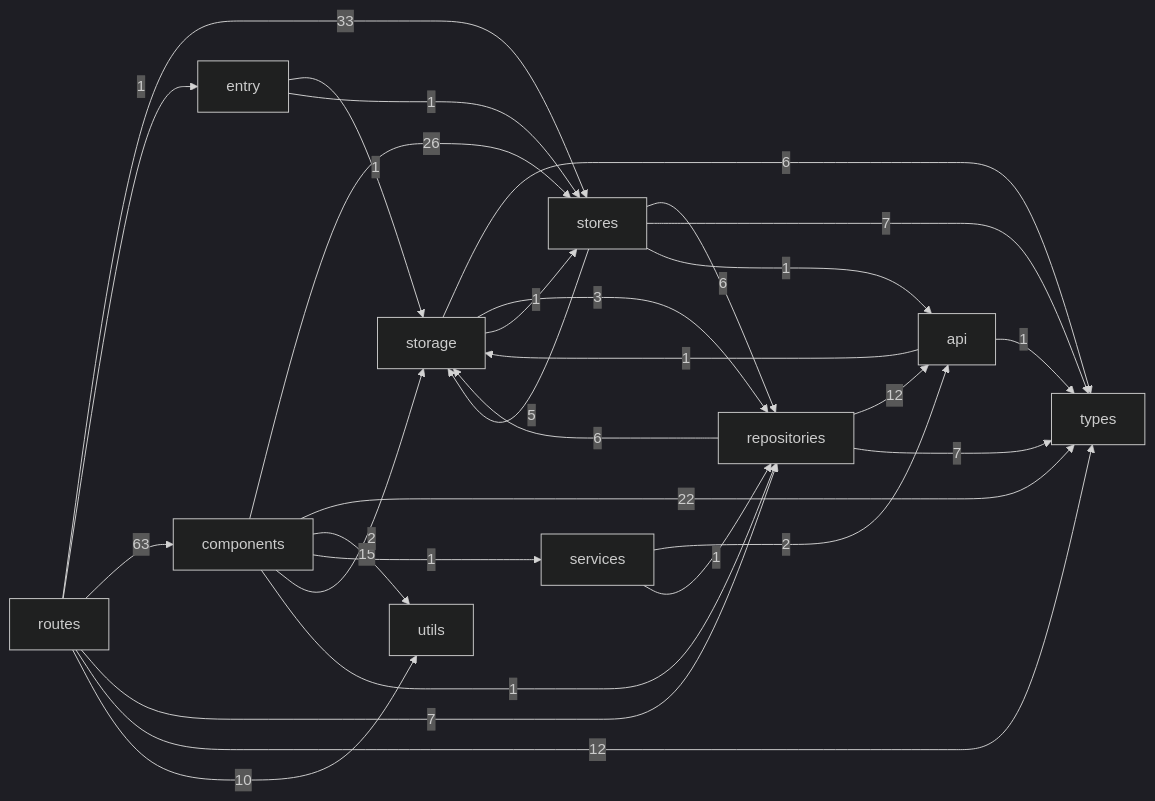
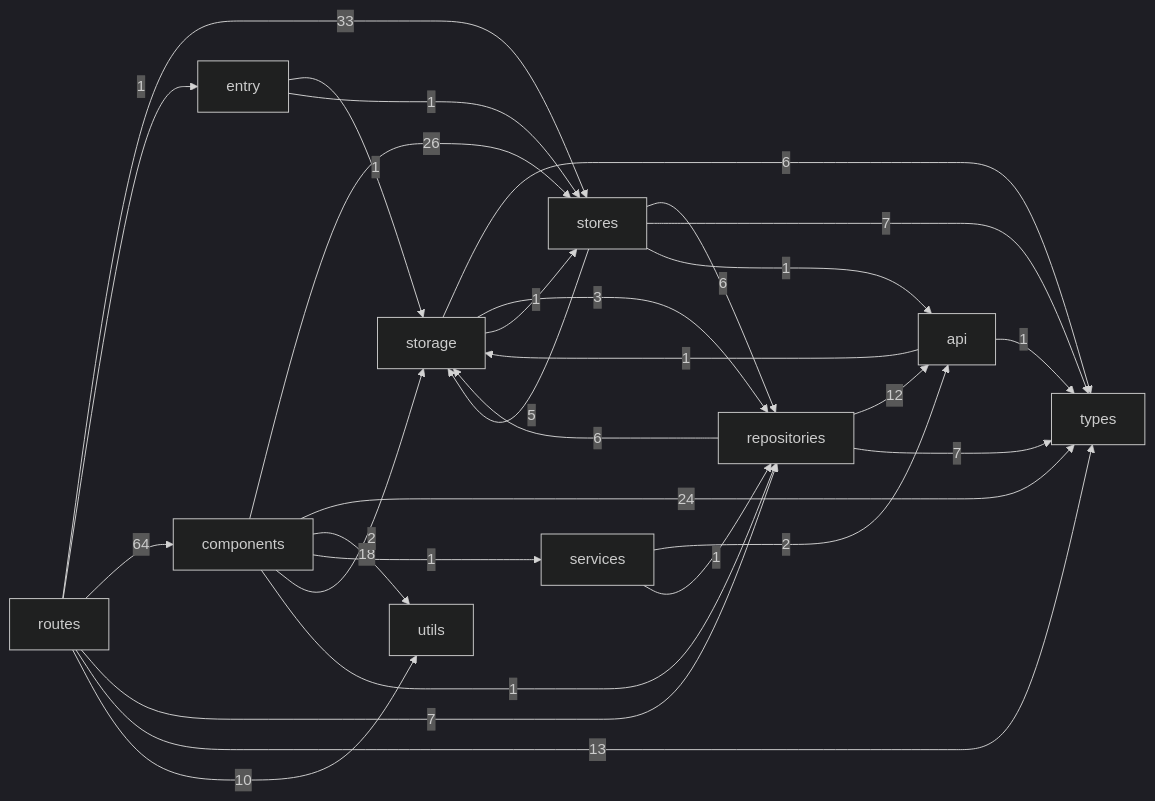
Before and after one commit to surajfale/notes-tasks: the second of 2 diagrams in docs/CODEBASE_GRAPH.md, drawn with Mermaid (dark theme). The commit also changed other lines of this file and 7 other files, not shown here.

````diff
--- a/docs/CODEBASE_GRAPH.md
+++ b/docs/CODEBASE_GRAPH.md
@@ -49,31 +49,31 @@
 ```mermaid
 flowchart LR
     entry["entry"] -->|1| storage["storage"]
     entry["entry"] -->|1| stores["stores"]
     api["api"] -->|1| storage["storage"]
     api["api"] -->|1| types["types"]
     components["components"] -->|26| stores["stores"]
-    components["components"] -->|22| types["types"]
-    components["components"] -->|15| utils["utils"]
+    components["components"] -->|24| types["types"]
+    components["components"] -->|18| utils["utils"]
     components["components"] -->|1| services["services"]
     components["components"] -->|2| storage["storage"]
     components["components"] -->|1| repositories["repositories"]
     repositories["repositories"] -->|12| api["api"]
     repositories["repositories"] -->|7| types["types"]
     repositories["repositories"] -->|6| storage["storage"]
     services["services"] -->|2| api["api"]
     services["services"] -->|1| repositories["repositories"]
     storage["storage"] -->|6| types["types"]
     storage["storage"] -->|3| repositories["repositories"]
     storage["storage"] -->|1| stores["stores"]
     stores["stores"] -->|6| repositories["repositories"]
     stores["stores"] -->|5| storage["storage"]
     stores["stores"] -->|7| types["types"]
     stores["stores"] -->|1| api["api"]
     routes["routes"] -->|33| stores["stores"]
     routes["routes"] -->|1| entry["entry"]
-    routes["routes"] -->|63| components["components"]
+    routes["routes"] -->|64| components["components"]
     routes["routes"] -->|7| repositories["repositories"]
-    routes["routes"] -->|12| types["types"]
+    routes["routes"] -->|13| types["types"]
     routes["routes"] -->|10| utils["utils"]
 ```
````
